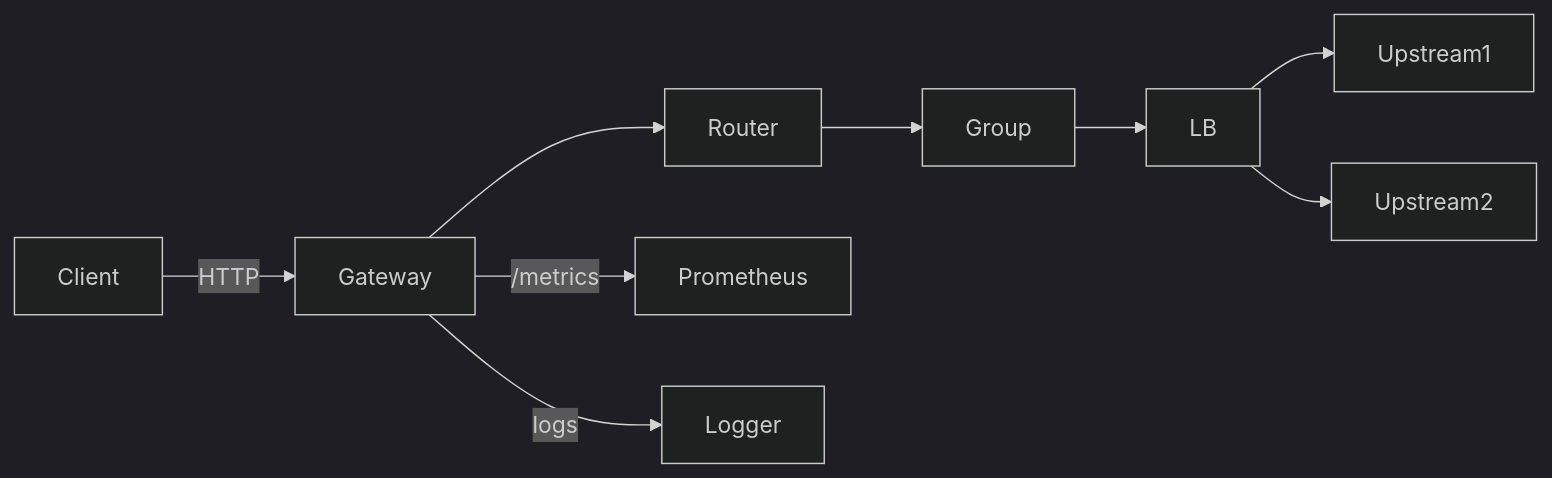
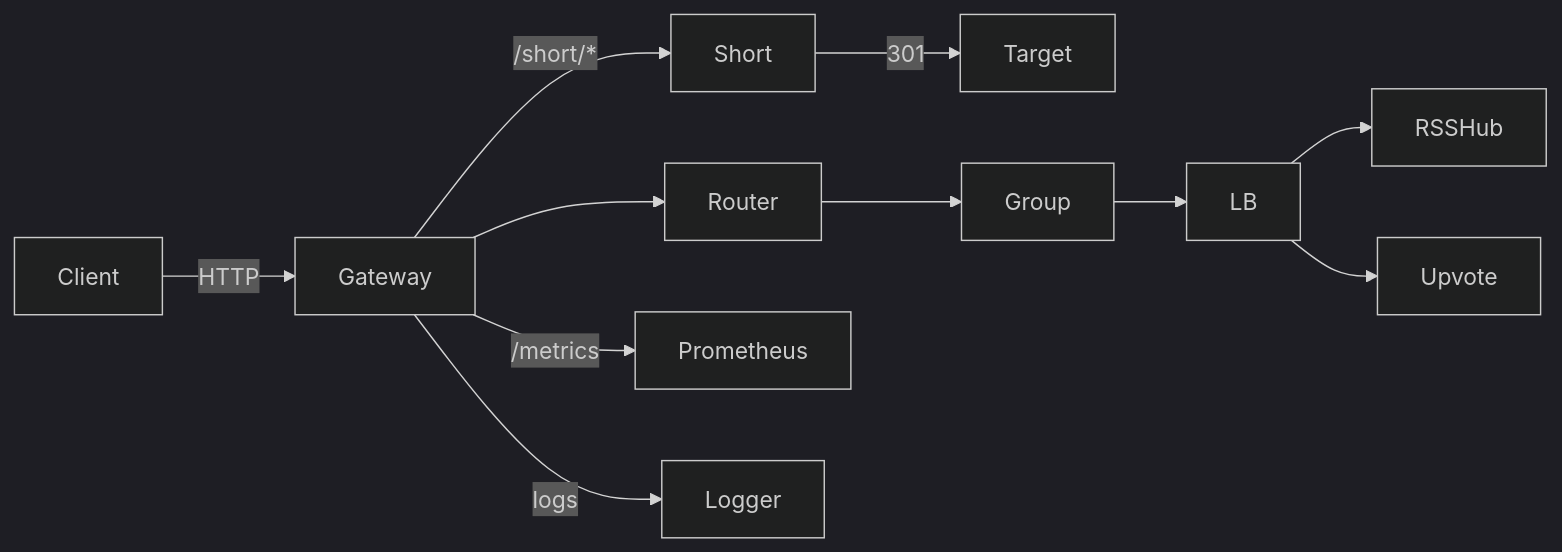
The first of 2 diagrams in README_zh.md (nerdneilsfield/RSSHub-Gateway), drawn with Mermaid (dark theme) before and after one commit. The commit also changed other lines of this file and 1 other file, not shown here.

````diff
--- a/README_zh.md
+++ b/README_zh.md
@@ -28,11 +41,13 @@
 ```mermaid
 flowchart LR
     Client -->|HTTP| Gateway
+    Gateway -->|/short/*| Short
+    Short -->|301| Target
     Gateway --> Router
     Router --> Group
     Group --> LB
-    LB --> Upstream1
-    LB --> Upstream2
+    LB --> RSSHub
+    LB --> Upvote
     Gateway -->|/metrics| Prometheus
     Gateway -->|logs| Logger
 ```
````
